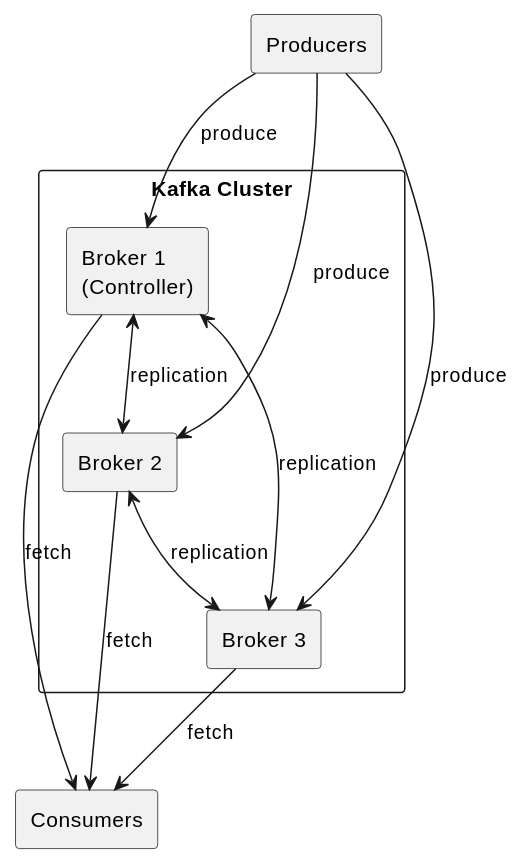
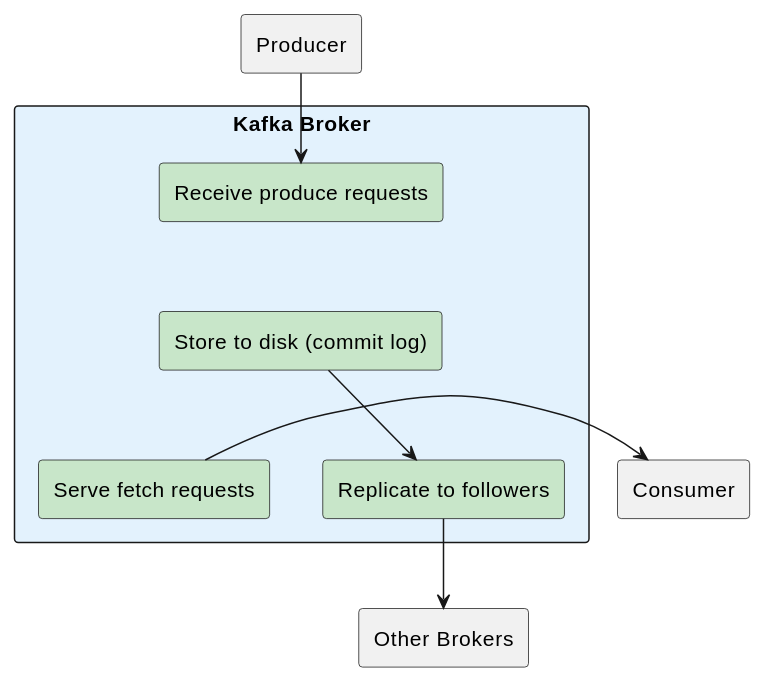
The first of 4 diagrams in docs/data-platforms/kafka/architecture/brokers/index.md (axonops/documentation), drawn with PlantUML before and after one commit. The commit also changed other lines of this file and 2 other files, not shown here.

First line of the commit message:
Add comprehensive Kafka broker internals documentation

````diff
--- a/docs/data-platforms/kafka/architecture/brokers/index.md
+++ b/docs/data-platforms/kafka/architecture/brokers/index.md
@@ -19,26 +17,28 @@
 ```plantuml
 @startuml
-
-rectangle "Kafka Cluster" as cluster {
-  rectangle "Broker 1\n(Controller)" as b1
-  rectangle "Broker 2" as b2
-  rectangle "Broker 3" as b3
-
-  b1 <--> b2 : replication
-  b2 <--> b3 : replication
-  b1 <--> b3 : replication
+skinparam backgroundColor transparent
+skinparam rectangle {
+    RoundCorner 5
 }
 
-rectangle "Producers" as prod
-rectangle "Consumers" as cons
+rectangle "**Kafka Broker**" as broker #E3F2FD {
+    rectangle "Receive produce requests" as recv #C8E6C9
+    rectangle "Store to disk (commit log)" as store #C8E6C9
+    rectangle "Replicate to followers" as repl #C8E6C9
+    rectangle "Serve fetch requests" as serve #C8E6C9
+}
 
-prod --> b1 : produce
-prod --> b2 : produce
-prod --> b3 : produce
+rectangle "Producer" as prod
+rectangle "Consumer" as cons
+rectangle "Other Brokers" as other
 
-b1 --> cons : fetch
-b2 --> cons : fetch
-b3 --> cons : fetch
+prod -down-> recv
+store -down-> repl
+repl -down-> other
+serve -right-> cons
+
+recv -[hidden]down-> store
+store -[hidden]down-> serve
 
 @enduml
 ```
````
